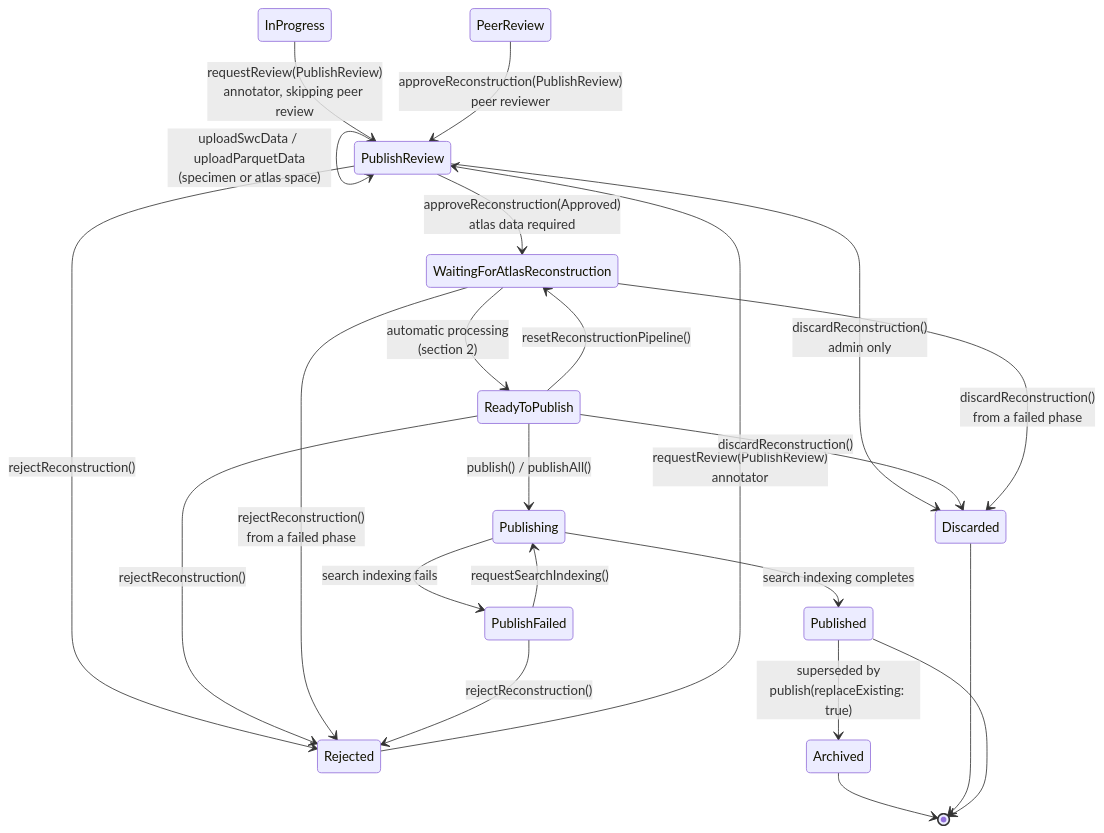
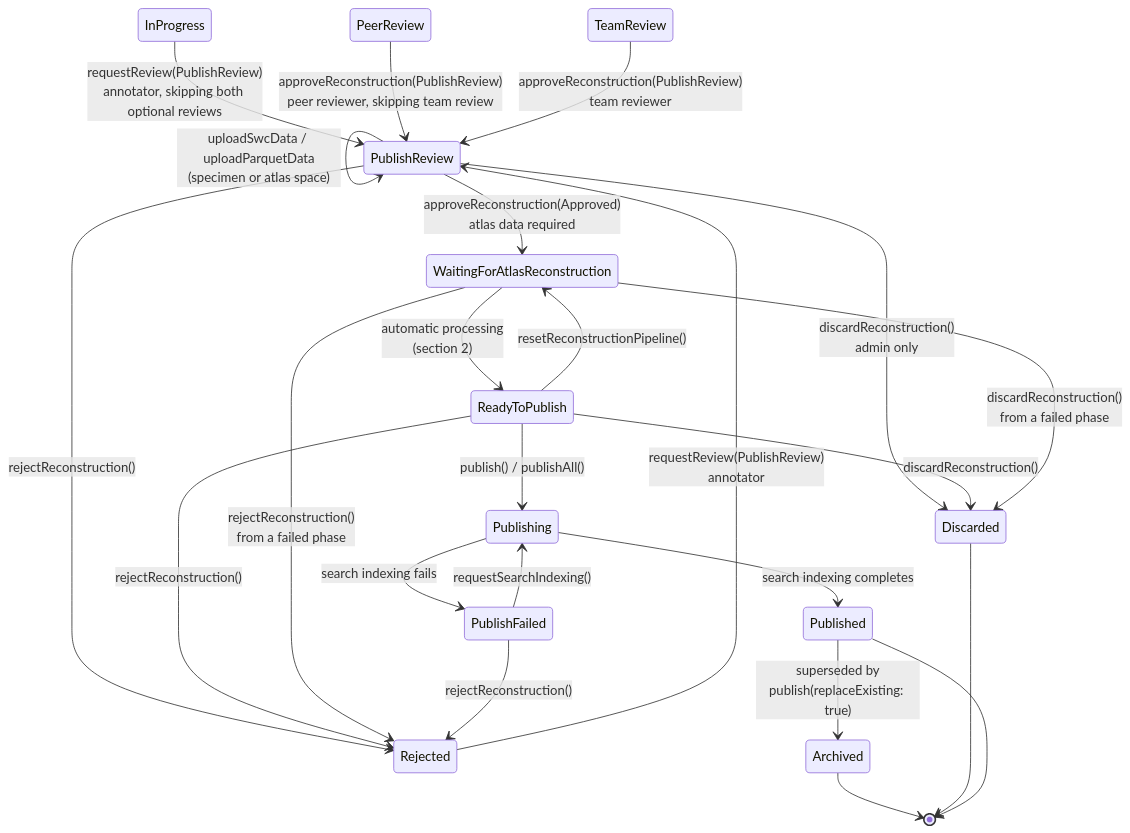
The fifth of 8 diagrams in doc/publish-workflow.md (AllenNeuralDynamics/nmcp-api), drawn with Mermaid before and after one commit. The commit also changed other lines of this file and 19 other files, not shown here.

Commit message:
Add team reviewer.

````diff
--- a/doc/publish-workflow.md
+++ b/doc/publish-workflow.md
@@ -466,33 +531,34 @@
 ```mermaid
 stateDiagram-v2
     direction TB
-    InProgress --> PublishReview: requestReview(PublishReview)<br/>annotator, skipping peer review
+    InProgress --> PublishReview: requestReview(PublishReview)<br/>annotator, skipping both optional reviews
     Rejected --> PublishReview: requestReview(PublishReview)<br/>annotator
-    PeerReview --> PublishReview: approveReconstruction(PublishReview)<br/>peer reviewer
+    PeerReview --> PublishReview: approveReconstruction(PublishReview)<br/>peer reviewer, skipping team review
+    TeamReview --> PublishReview: approveReconstruction(PublishReview)<br/>team reviewer
 
     PublishReview --> PublishReview: uploadSwcData / uploadParquetData<br/>(specimen or atlas space)
     PublishReview --> WaitingForAtlasReconstruction: approveReconstruction(Approved)<br/>atlas data required
 
     WaitingForAtlasReconstruction --> ReadyToPublish: automatic processing<br/>(section 2)
     ReadyToPublish --> WaitingForAtlasReconstruction: resetReconstructionPipeline()
 
     ReadyToPublish --> Publishing: publish() / publishAll()
     Publishing --> Published: search indexing completes
     Publishing --> PublishFailed: search indexing fails
     PublishFailed --> Publishing: requestSearchIndexing()
 
     Published --> Archived: superseded by<br/>publish(replaceExisting: true)
 
     PublishReview --> Rejected: rejectReconstruction()
     ReadyToPublish --> Rejected: rejectReconstruction()
     WaitingForAtlasReconstruction --> Rejected: rejectReconstruction()<br/>from a failed phase
     PublishFailed --> Rejected: rejectReconstruction()
 
     PublishReview --> Discarded: discardReconstruction()<br/>admin only
     ReadyToPublish --> Discarded: discardReconstruction()
     WaitingForAtlasReconstruction --> Discarded: discardReconstruction()<br/>from a failed phase
 
     Archived --> [*]
     Discarded --> [*]
     Published --> [*]
 ```
````
